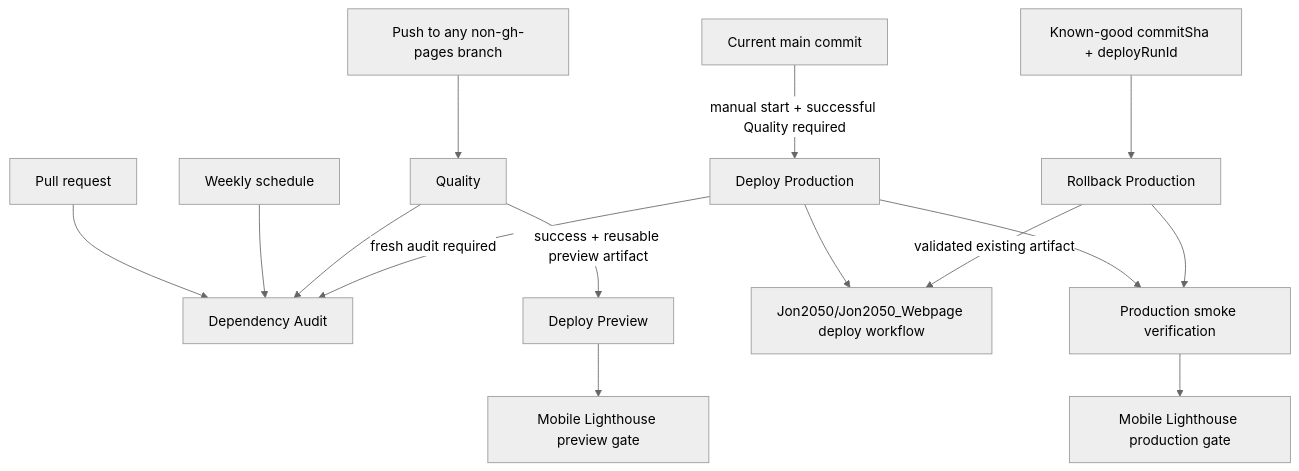
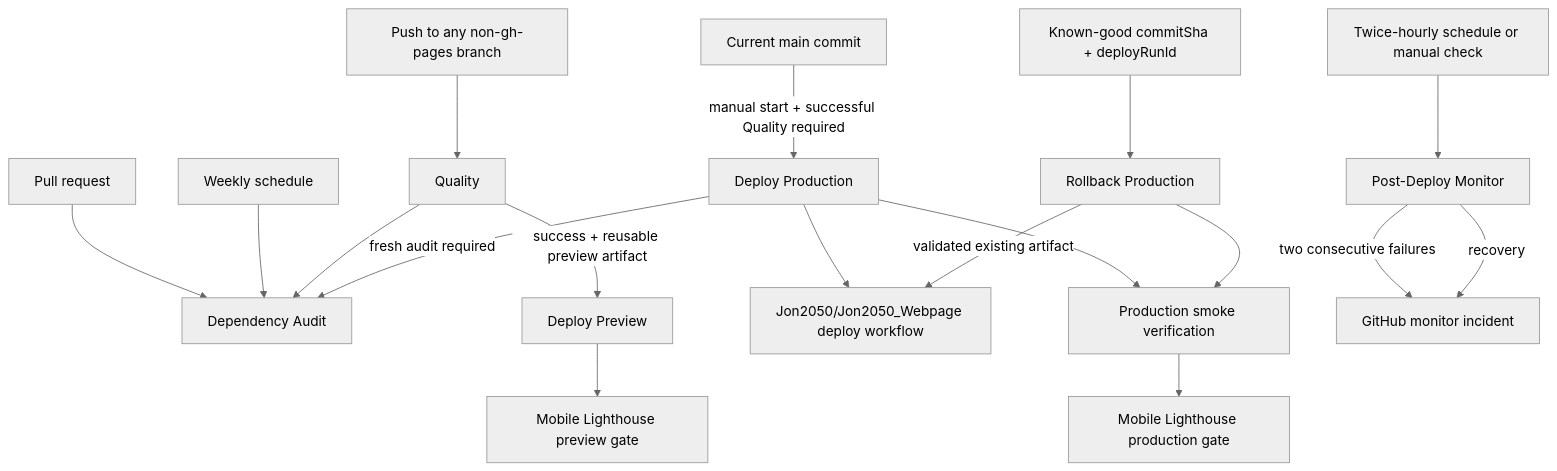
Before and after one commit to Jon2050/Conspectus-Mobile: the diagram in docs/CI-CD-Pipelines.md, drawn with Mermaid (neutral theme). The commit also changed other lines of this file and 13 other files, not shown here.

First line of the commit message:
feat: [M8-10] add post-deploy production monitor

````diff
--- a/docs/CI-CD-Pipelines.md
+++ b/docs/CI-CD-Pipelines.md
@@ -20,17 +20,20 @@
 ```mermaid
 flowchart TD
   Push[Push to any non-gh-pages branch] --> Quality[Quality]
   PR[Pull request] --> Audit[Dependency Audit]
   Schedule[Weekly schedule] --> Audit
   Quality --> Audit
   Quality -->|success + reusable preview artifact| Preview[Deploy Preview]
   Preview --> PreviewLighthouse[Mobile Lighthouse preview gate]
   Main[Current main commit] -->|manual start + successful Quality required| Production[Deploy Production]
   Production -->|fresh audit required| Audit
   Production --> Website[Jon2050/Jon2050_Webpage deploy workflow]
   Production --> Smoke[Production smoke verification]
   Smoke --> ProductionLighthouse[Mobile Lighthouse production gate]
   KnownGood[Known-good commitSha + deployRunId] --> Rollback[Rollback Production]
   Rollback -->|validated existing artifact| Website
   Rollback --> Smoke
+  MonitorSchedule[Twice-hourly schedule or manual check] --> Monitor[Post-Deploy Monitor]
+  Monitor -->|two consecutive failures| Incident[GitHub monitor incident]
+  Monitor -->|recovery| Incident
 ```
````
